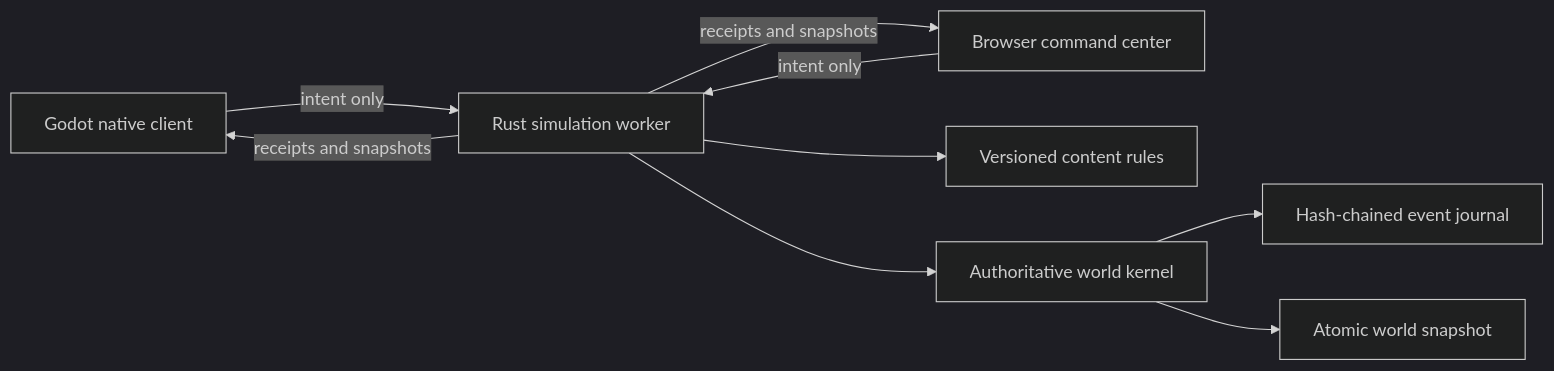
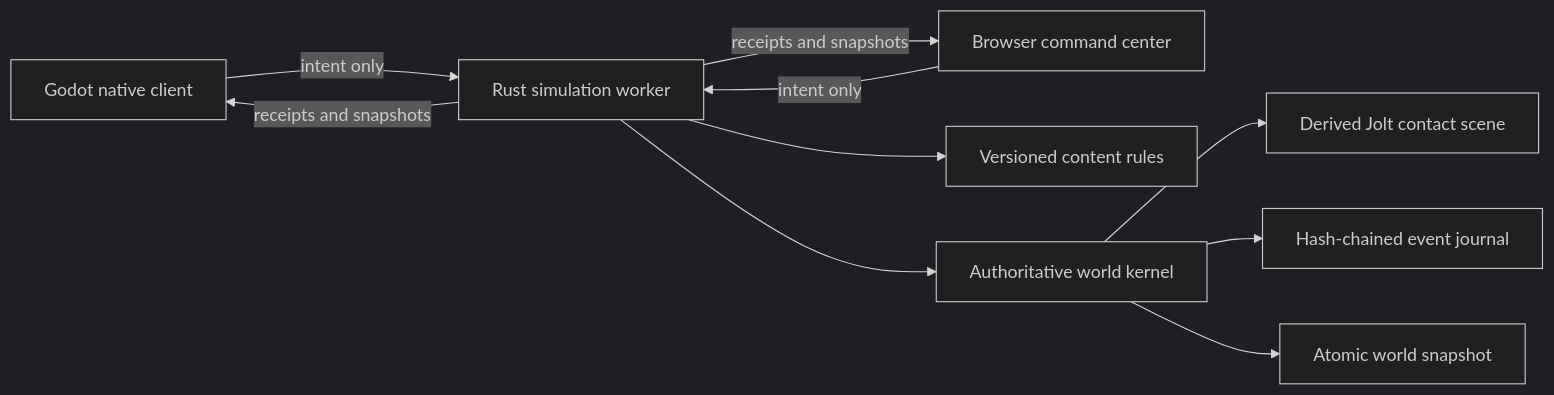
The diagram in docs/architecture/p0-implementation.md (Bittrees-Technology/the-verse), drawn with Mermaid (dark theme) before and after one commit. The commit also changed other lines of this file and 35 other files, not shown here.

````diff
--- a/docs/architecture/p0-implementation.md
+++ b/docs/architecture/p0-implementation.md
@@ -9,11 +9,12 @@
 ```mermaid
 flowchart LR
     Native["Godot native client"] -->|"intent only"| Worker["Rust simulation worker"]
     Browser["Browser command center"] -->|"intent only"| Worker
     Worker --> Rules["Versioned content rules"]
     Worker --> Kernel["Authoritative world kernel"]
+    Kernel --> Jolt["Derived Jolt contact scene"]
     Kernel --> Journal["Hash-chained event journal"]
     Kernel --> Snapshot["Atomic world snapshot"]
     Worker -->|"receipts and snapshots"| Native
     Worker -->|"receipts and snapshots"| Browser
 ```
````
